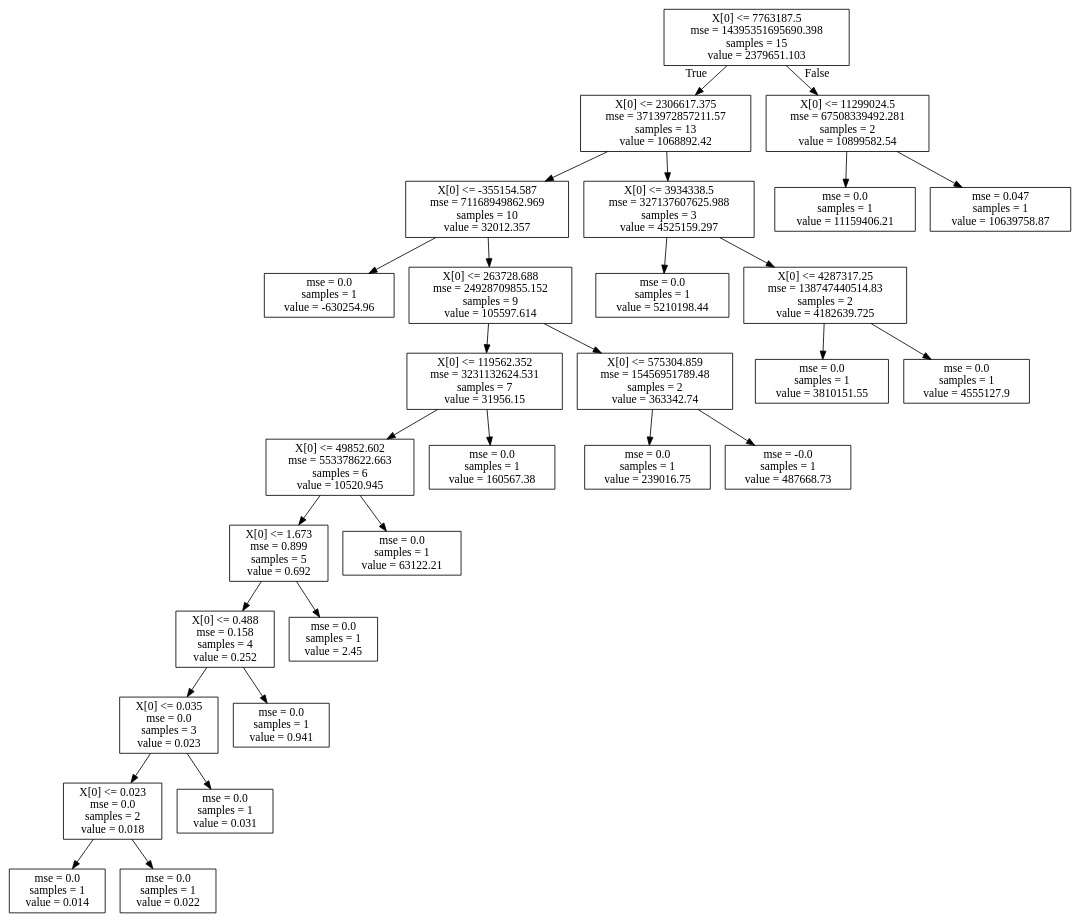
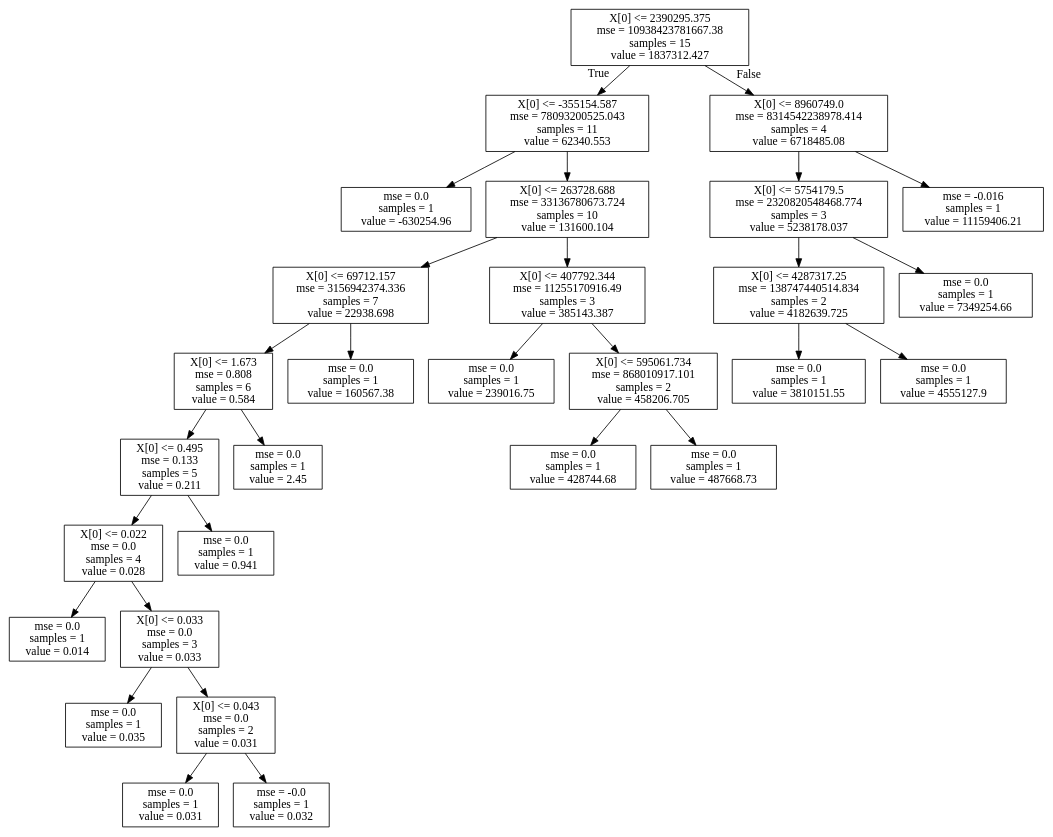
The diagram in dot_tree.dot (Dimitrios-Mourtzilas/Business-Strategy), drawn with Graphviz before and after one commit. The commit also changed 1304 other files, not shown here.

```diff
--- a/dot_tree.dot
+++ b/dot_tree.dot
@@ -1,60 +1,60 @@
 digraph Tree {
 node [shape=box] ;
-0 [label="X[0] <= 7763187.5\nmse = 14395351695690.398\nsamples = 15\nvalue = 2379651.103"] ;
-1 [label="X[0] <= 2306617.375\nmse = 3713972857211.57\nsamples = 13\nvalue = 1068892.42"] ;
+0 [label="X[0] <= 2390295.375\nmse = 10938423781667.38\nsamples = 15\nvalue = 1837312.427"] ;
+1 [label="X[0] <= -355154.587\nmse = 78093200525.043\nsamples = 11\nvalue = 62340.553"] ;
 0 -> 1 [labeldistance=2.5, labelangle=45, headlabel="True"] ;
-2 [label="X[0] <= -355154.587\nmse = 71168949862.969\nsamples = 10\nvalue = 32012.357"] ;
+2 [label="mse = 0.0\nsamples = 1\nvalue = -630254.96"] ;
 1 -> 2 ;
-3 [label="mse = 0.0\nsamples = 1\nvalue = -630254.96"] ;
-2 -> 3 ;
-4 [label="X[0] <= 263728.688\nmse = 24928709855.152\nsamples = 9\nvalue = 105597.614"] ;
-2 -> 4 ;
-5 [label="X[0] <= 119562.352\nmse = 3231132624.531\nsamples = 7\nvalue = 31956.15"] ;
+3 [label="X[0] <= 263728.688\nmse = 33136780673.724\nsamples = 10\nvalue = 131600.104"] ;
+1 -> 3 ;
+4 [label="X[0] <= 69712.157\nmse = 3156942374.336\nsamples = 7\nvalue = 22938.698"] ;
+3 -> 4 ;
+5 [label="X[0] <= 1.673\nmse = 0.808\nsamples = 6\nvalue = 0.584"] ;
 4 -> 5 ;
-6 [label="X[0] <= 49852.602\nmse = 553378622.663\nsamples = 6\nvalue = 10520.945"] ;
+6 [label="X[0] <= 0.495\nmse = 0.133\nsamples = 5\nvalue = 0.211"] ;
 5 -> 6 ;
-7 [label="X[0] <= 1.673\nmse = 0.899\nsamples = 5\nvalue = 0.692"] ;
+7 [label="X[0] <= 0.022\nmse = 0.0\nsamples = 4\nvalue = 0.028"] ;
 6 -> 7 ;
-8 [label="X[0] <= 0.488\nmse = 0.158\nsamples = 4\nvalue = 0.252"] ;
+8 [label="mse = 0.0\nsamples = 1\nvalue = 0.014"] ;
 7 -> 8 ;
-9 [label="X[0] <= 0.035\nmse = 0.0\nsamples = 3\nvalue = 0.023"] ;
-8 -> 9 ;
-10 [label="X[0] <= 0.023\nmse = 0.0\nsamples = 2\nvalue = 0.018"] ;
+9 [label="X[0] <= 0.033\nmse = 0.0\nsamples = 3\nvalue = 0.033"] ;
+7 -> 9 ;
+10 [label="mse = 0.0\nsamples = 1\nvalue = 0.035"] ;
 9 -> 10 ;
-11 [label="mse = 0.0\nsamples = 1\nvalue = 0.014"] ;
-10 -> 11 ;
-12 [label="mse = 0.0\nsamples = 1\nvalue = 0.022"] ;
-10 -> 12 ;
-13 [label="mse = 0.0\nsamples = 1\nvalue = 0.031"] ;
-9 -> 13 ;
+11 [label="X[0] <= 0.043\nmse = 0.0\nsamples = 2\nvalue = 0.031"] ;
+9 -> 11 ;
+12 [label="mse = 0.0\nsamples = 1\nvalue = 0.031"] ;
+11 -> 12 ;
+13 [label="mse = -0.0\nsamples = 1\nvalue = 0.032"] ;
+11 -> 13 ;
 14 [label="mse = 0.0\nsamples = 1\nvalue = 0.941"] ;
-8 -> 14 ;
+6 -> 14 ;
 15 [label="mse = 0.0\nsamples = 1\nvalue = 2.45"] ;
-7 -> 15 ;
-16 [label="mse = 0.0\nsamples = 1\nvalue = 63122.21"] ;
-6 -> 16 ;
-17 [label="mse = 0.0\nsamples = 1\nvalue = 160567.38"] ;
-5 -> 17 ;
-18 [label="X[0] <= 575304.859\nmse = 15456951789.48\nsamples = 2\nvalue = 363342.74"] ;
-4 -> 18 ;
-19 [label="mse = 0.0\nsamples = 1\nvalue = 239016.75"] ;
-18 -> 19 ;
-20 [label="mse = -0.0\nsamples = 1\nvalue = 487668.73"] ;
-18 -> 20 ;
-21 [label="X[0] <= 3934338.5\nmse = 327137607625.988\nsamples = 3\nvalue = 4525159.297"] ;
-1 -> 21 ;
-22 [label="mse = 0.0\nsamples = 1\nvalue = 5210198.44"] ;
-21 -> 22 ;
-23 [label="X[0] <= 4287317.25\nmse = 138747440514.83\nsamples = 2\nvalue = 4182639.725"] ;
-21 -> 23 ;
-24 [label="mse = 0.0\nsamples = 1\nvalue = 3810151.55"] ;
+5 -> 15 ;
+16 [label="mse = 0.0\nsamples = 1\nvalue = 160567.38"] ;
+4 -> 16 ;
+17 [label="X[0] <= 407792.344\nmse = 11255170916.49\nsamples = 3\nvalue = 385143.387"] ;
+3 -> 17 ;
+18 [label="mse = 0.0\nsamples = 1\nvalue = 239016.75"] ;
+17 -> 18 ;
+19 [label="X[0] <= 595061.734\nmse = 868010917.101\nsamples = 2\nvalue = 458206.705"] ;
+17 -> 19 ;
+20 [label="mse = 0.0\nsamples = 1\nvalue = 428744.68"] ;
+19 -> 20 ;
+21 [label="mse = 0.0\nsamples = 1\nvalue = 487668.73"] ;
+19 -> 21 ;
+22 [label="X[0] <= 8960749.0\nmse = 8314542238978.414\nsamples = 4\nvalue = 6718485.08"] ;
+0 -> 22 [labeldistance=2.5, labelangle=-45, headlabel="False"] ;
+23 [label="X[0] <= 5754179.5\nmse = 2320820548468.774\nsamples = 3\nvalue = 5238178.037"] ;
+22 -> 23 ;
+24 [label="X[0] <= 4287317.25\nmse = 138747440514.834\nsamples = 2\nvalue = 4182639.725"] ;
 23 -> 24 ;
-25 [label="mse = 0.0\nsamples = 1\nvalue = 4555127.9"] ;
-23 -> 25 ;
-26 [label="X[0] <= 11299024.5\nmse = 67508339492.281\nsamples = 2\nvalue = 10899582.54"] ;
-0 -> 26 [labeldistance=2.5, labelangle=-45, headlabel="False"] ;
-27 [label="mse = 0.0\nsamples = 1\nvalue = 11159406.21"] ;
-26 -> 27 ;
-28 [label="mse = 0.047\nsamples = 1\nvalue = 10639758.87"] ;
-26 -> 28 ;
+25 [label="mse = 0.0\nsamples = 1\nvalue = 3810151.55"] ;
+24 -> 25 ;
+26 [label="mse = 0.0\nsamples = 1\nvalue = 4555127.9"] ;
+24 -> 26 ;
+27 [label="mse = 0.0\nsamples = 1\nvalue = 7349254.66"] ;
+23 -> 27 ;
+28 [label="mse = -0.016\nsamples = 1\nvalue = 11159406.21"] ;
+22 -> 28 ;
 }
```
